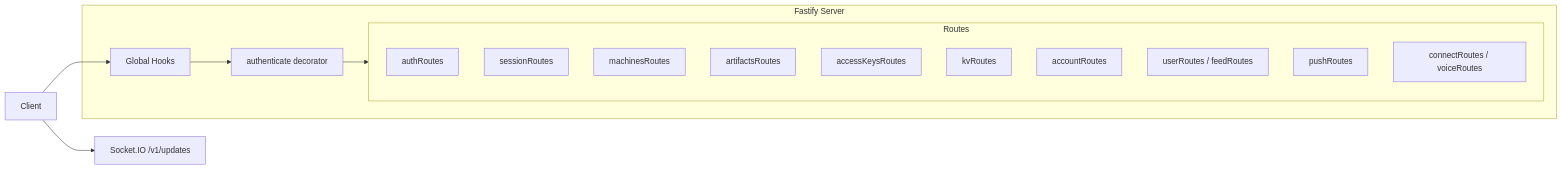
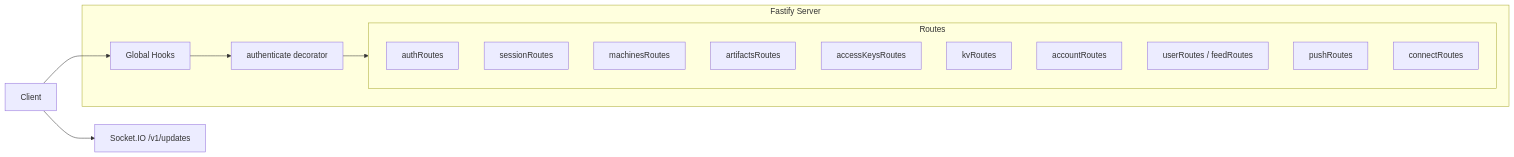
The third of 9 diagrams in docs/backend-architecture.md (buzzni/happy), drawn with Mermaid before and after one commit. The commit also changed other lines of this file and 2 other files, not shown here.

First line of the commit message:
[docs] 지운 /v1/voice 경로와 관련 환경 변수를 서버 문서에서 뺀다

````diff
--- a/docs/backend-architecture.md
+++ b/docs/backend-architecture.md
@@ -113,26 +113,26 @@
 ```mermaid
 graph LR
     subgraph "Fastify Server"
         Hooks[Global Hooks]
         Auth[authenticate decorator]
 
         subgraph Routes
             direction TB
             R1[authRoutes]
             R2[sessionRoutes]
             R3[machinesRoutes]
             R4[artifactsRoutes]
             R5[accessKeysRoutes]
             R6[kvRoutes]
             R7[accountRoutes]
             R8[userRoutes / feedRoutes]
             R9[pushRoutes]
-            R10[connectRoutes / voiceRoutes]
+            R10[connectRoutes]
         end
     end
 
     SocketIO[Socket.IO /v1/updates]
 
     Client --> Hooks --> Auth --> Routes
     Client --> SocketIO
 ```
````
